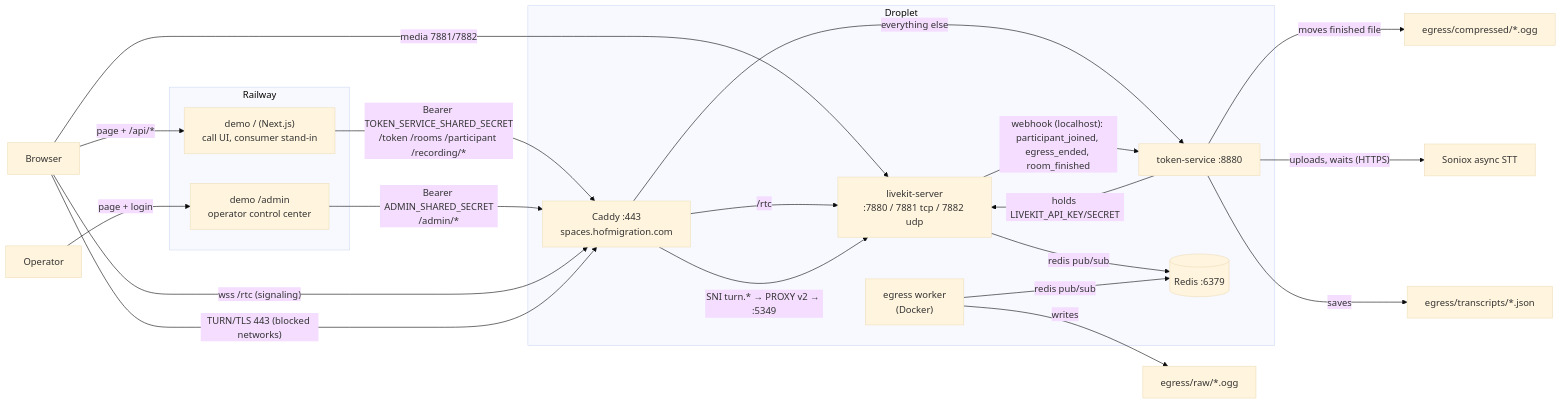
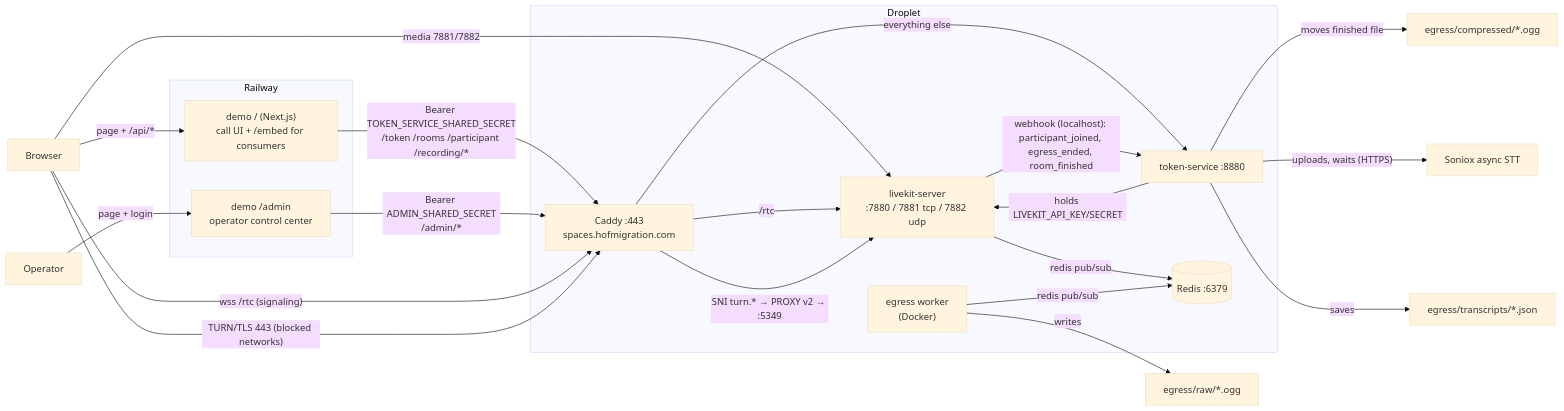
Before and after one commit to mustafa-bhatti12/spaces: the diagram in AGENTS.md, drawn with Mermaid (base theme). The commit also changed other lines of this file and 4 other files, not shown here.

````diff
--- a/AGENTS.md
+++ b/AGENTS.md
@@ -42,32 +42,32 @@
 ```mermaid
 graph LR
   subgraph Railway
-    DM["demo / (Next.js)\ncall UI, consumer stand-in"]
+    DM["demo / (Next.js)\ncall UI + /embed for consumers"]
     AD["demo /admin\noperator control center"]
   end
   subgraph Droplet
     CA["Caddy :443\nspaces.hofmigration.com"]
     TS["token-service :8880"]
     LK["livekit-server\n:7880 / 7881 tcp / 7882 udp"]
     RD[(Redis :6379)]
     EG["egress worker\n(Docker)"]
   end
   Browser -->|page + /api/*| DM
   Operator -->|page + login| AD
   DM -->|"Bearer TOKEN_SERVICE_SHARED_SECRET\n/token /rooms /participant /recording/*"| CA
   AD -->|"Bearer ADMIN_SHARED_SECRET\n/admin/*"| CA
   Browser -->|"wss /rtc (signaling)"| CA
   Browser -->|"media 7881/7882"| LK
   Browser -->|"TURN/TLS 443 (blocked networks)"| CA
   CA -->|/rtc| LK
   CA -->|"SNI turn.* → PROXY v2 → :5349"| LK
   CA -->|everything else| TS
   TS -->|holds LIVEKIT_API_KEY/SECRET| LK
   LK -->|redis pub/sub| RD
   EG -->|redis pub/sub| RD
   EG -->|writes| RAW[egress/raw/*.ogg]
   LK -->|"webhook (localhost): participant_joined, egress_ended, room_finished"| TS
   TS -->|"moves finished file"| COMP[egress/compressed/*.ogg]
   TS -->|"uploads, waits (HTTPS)"| SX[Soniox async STT]
   TS -->|"saves"| TR[egress/transcripts/*.json]
 ```
````
